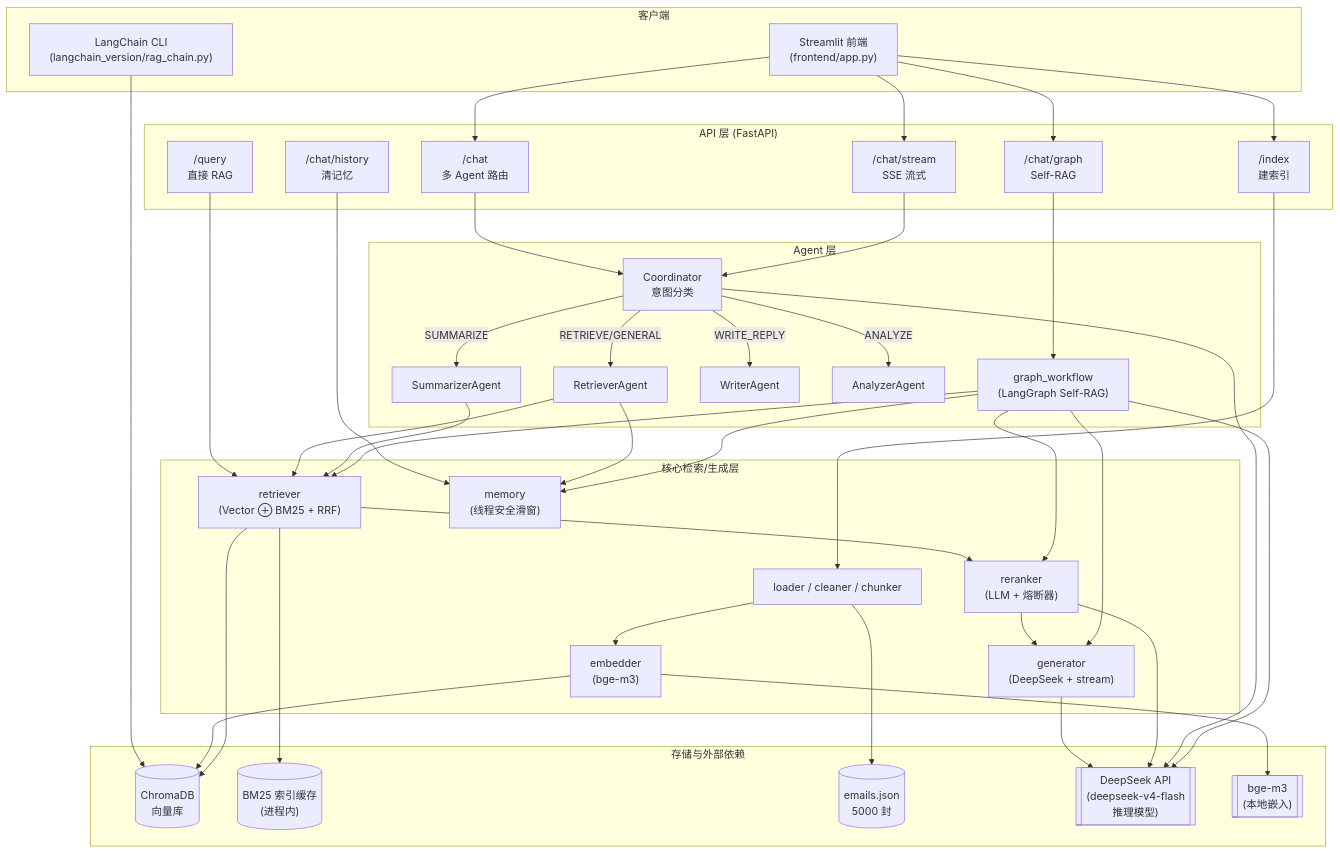
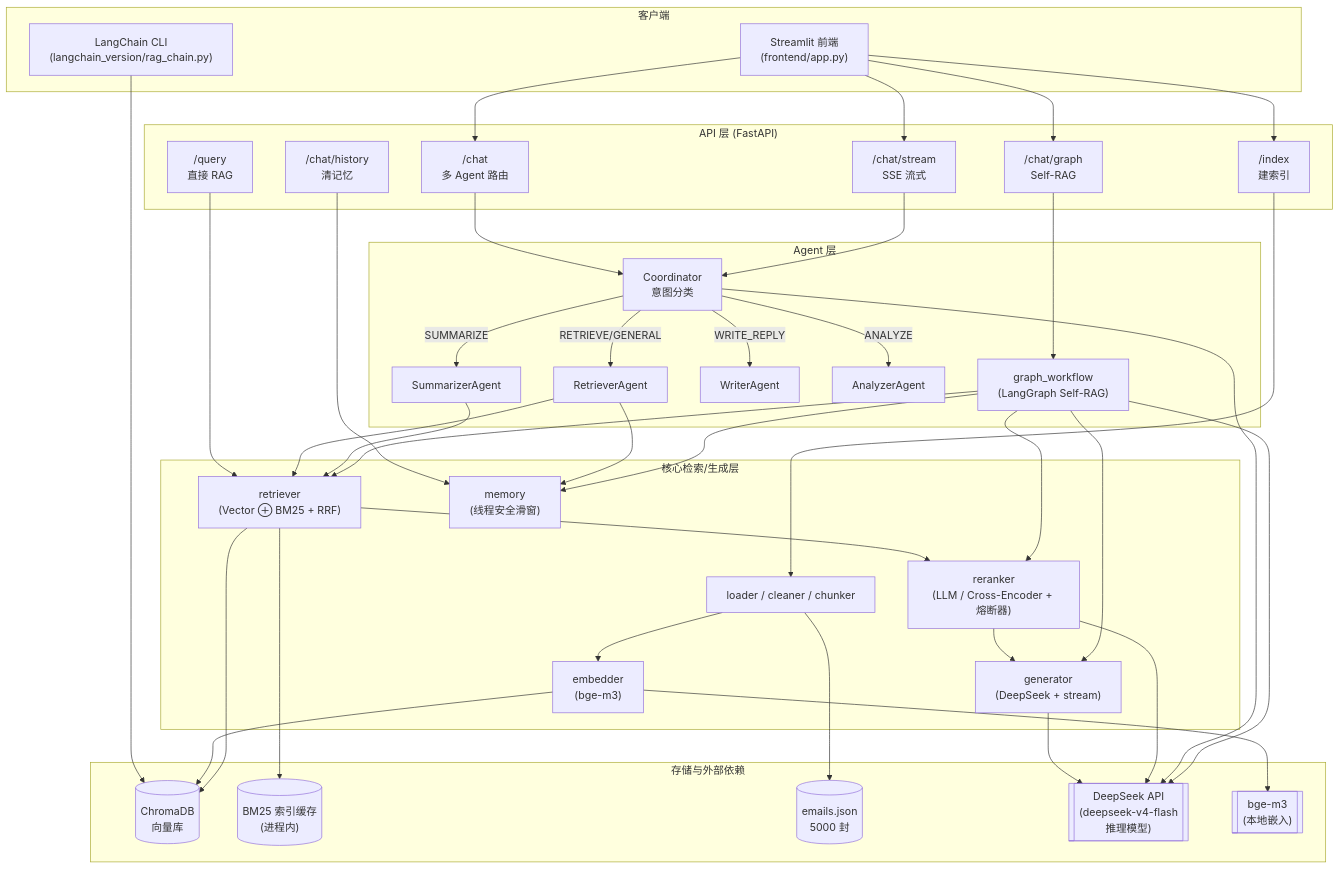
One commit to Yoimiya2627/email-rag-agent changed the first of 12 diagrams in docs/architecture.md. Above: the diagram before and after it, drawn with Mermaid. The commit also changed other lines of this file and 12 other files, not shown here.

Commit message:
feat: add cross-encoder reranker evaluation

````diff
--- a/docs/architecture.md
+++ b/docs/architecture.md
@@ -9,79 +9,79 @@
 ```mermaid
 flowchart TB
     subgraph Client["客户端"]
         UI["Streamlit 前端<br/>(frontend/app.py)"]
         CLI["LangChain CLI<br/>(langchain_version/rag_chain.py)"]
     end
 
     subgraph API["API 层 (FastAPI)"]
         EP_INDEX["/index<br/>建索引"]
         EP_CHAT["/chat<br/>多 Agent 路由"]
         EP_STREAM["/chat/stream<br/>SSE 流式"]
         EP_GRAPH["/chat/graph<br/>Self-RAG"]
         EP_QUERY["/query<br/>直接 RAG"]
         EP_HIST["/chat/history<br/>清记忆"]
     end
 
     subgraph Agents["Agent 层"]
         COORD["Coordinator<br/>意图分类"]
         RA["RetrieverAgent"]
         SA["SummarizerAgent"]
         WA["WriterAgent"]
         AA["AnalyzerAgent"]
         GW["graph_workflow<br/>(LangGraph Self-RAG)"]
     end
 
     subgraph Core["核心检索/生成层"]
         LOAD["loader / cleaner / chunker"]
         EMB["embedder<br/>(bge-m3)"]
         RET["retriever<br/>(Vector ⊕ BM25 + RRF)"]
-        RR["reranker<br/>(LLM + 熔断器)"]
+        RR["reranker<br/>(LLM / Cross-Encoder + 熔断器)"]
         GEN["generator<br/>(DeepSeek + stream)"]
         MEM["memory<br/>(线程安全滑窗)"]
     end
 
     subgraph Storage["存储与外部依赖"]
         CHROMA[(ChromaDB<br/>向量库)]
         BM25CACHE[("BM25 索引缓存<br/>(进程内)")]
         EMAILS[(emails.json<br/>5000 封)]
         DEEPSEEK[["DeepSeek API<br/>(deepseek-v4-flash<br/>推理模型)"]]
         BGE[["bge-m3<br/>(本地嵌入)"]]
     end
 
     UI --> EP_CHAT
     UI --> EP_STREAM
     UI --> EP_GRAPH
     UI --> EP_INDEX
     CLI --> CHROMA
 
     EP_INDEX --> LOAD --> EMB --> CHROMA
     EP_CHAT --> COORD
     EP_STREAM --> COORD
     EP_GRAPH --> GW
     EP_QUERY --> RET
     EP_HIST --> MEM
 
     COORD -->|RETRIEVE/GENERAL| RA
     COORD -->|SUMMARIZE| SA
     COORD -->|WRITE_REPLY| WA
     COORD -->|ANALYZE| AA
 
     RA --> RET --> RR --> GEN
     SA --> RET
     GW --> RET
     GW --> RR
     GW --> GEN
 
     RA --> MEM
     GW --> MEM
 
     RET --> CHROMA
     RET --> BM25CACHE
     EMB --> BGE
     GEN --> DEEPSEEK
     RR --> DEEPSEEK
     COORD --> DEEPSEEK
     GW --> DEEPSEEK
 
     LOAD --> EMAILS
 ```
````
